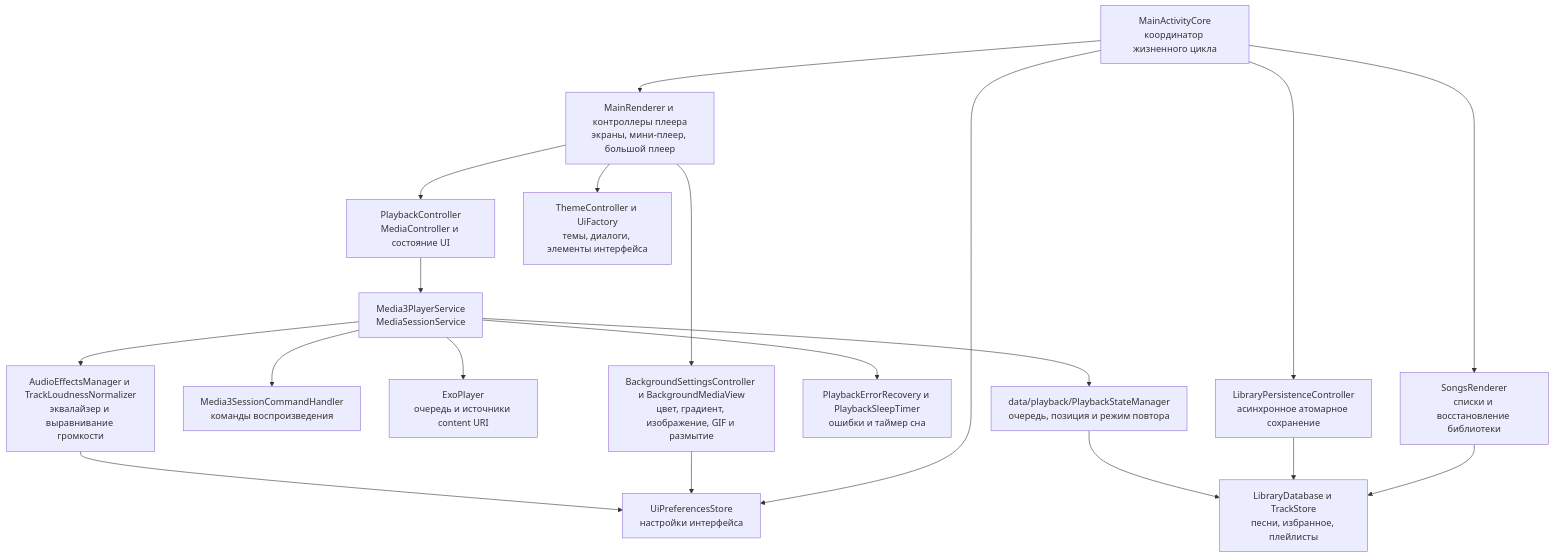
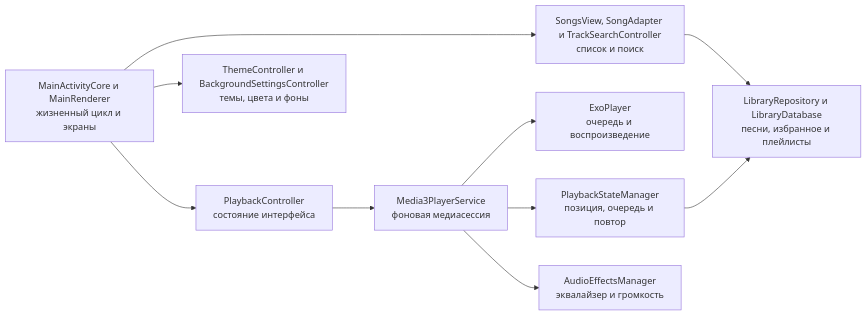
The first of 2 diagrams in README.md (dumuzeyn/MP3-Player-Voltune), drawn with Mermaid before and after one commit. The commit also changed other lines of this file and 1 other file, not shown here.

````diff
--- a/README.md
+++ b/README.md
@@ -48,37 +96,22 @@
 ```mermaid
-flowchart TD
-    ACT["MainActivityCore<br/>координатор жизненного цикла"]
-    UI["MainRenderer и контроллеры плеера<br/>экраны, мини-плеер, большой плеер"]
-    SONGS["SongsRenderer<br/>списки и восстановление библиотеки"]
-    CLIENT["PlaybackController<br/>MediaController и состояние UI"]
-    SERVICE["Media3PlayerService<br/>MediaSessionService"]
-    COMMANDS["Media3SessionCommandHandler<br/>команды воспроизведения"]
-    ENGINE["ExoPlayer<br/>очередь и источники content URI"]
-    STATE["data/playback/PlaybackStateManager<br/>очередь, позиция и режим повтора"]
-    RECOVERY["PlaybackErrorRecovery и PlaybackSleepTimer<br/>ошибки и таймер сна"]
-    DATA["LibraryDatabase и TrackStore<br/>песни, избранное, плейлисты"]
-    PERSIST["LibraryPersistenceController<br/>асинхронное атомарное сохранение"]
-    STYLE["ThemeController и UiFactory<br/>темы, диалоги, элементы интерфейса"]
-    BACKGROUND["BackgroundSettingsController и BackgroundMediaView<br/>цвет, градиент, изображение, GIF и размытие"]
-    AUDIO["AudioEffectsManager и TrackLoudnessNormalizer<br/>эквалайзер и выравнивание громкости"]
-    PREFS["UiPreferencesStore<br/>настройки интерфейса"]
+flowchart LR
+    UI["MainActivityCore и MainRenderer<br/>жизненный цикл и экраны"]
+    LIB["LibraryRepository и LibraryDatabase<br/>песни, избранное и плейлисты"]
+    SONGS["SongsView, SongAdapter и TrackSearchController<br/>список и поиск"]
+    CONTROL["PlaybackController<br/>состояние интерфейса"]
+    SERVICE["Media3PlayerService<br/>фоновая медиасессия"]
+    ENGINE["ExoPlayer<br/>очередь и воспроизведение"]
+    STATE["PlaybackStateManager<br/>позиция, очередь и повтор"]
+    AUDIO["AudioEffectsManager<br/>эквалайзер и громкость"]
+    STYLE["ThemeController и BackgroundSettingsController<br/>темы, цвета и фоны"]
 
-    ACT --> UI
-    ACT --> SONGS
-    ACT --> PREFS
-    SONGS --> DATA
-    ACT --> PERSIST
-    PERSIST --> DATA
-    UI --> CLIENT
-    CLIENT --> SERVICE
-    SERVICE --> COMMANDS
+    UI --> SONGS
+    SONGS --> LIB
+    UI --> CONTROL
+    CONTROL --> SERVICE
     SERVICE --> ENGINE
     SERVICE --> STATE
-    SERVICE --> RECOVERY
     SERVICE --> AUDIO
-    STATE --> DATA
+    STATE --> LIB
     UI --> STYLE
-    UI --> BACKGROUND
-    BACKGROUND --> PREFS
-    AUDIO --> PREFS
 ```
````
